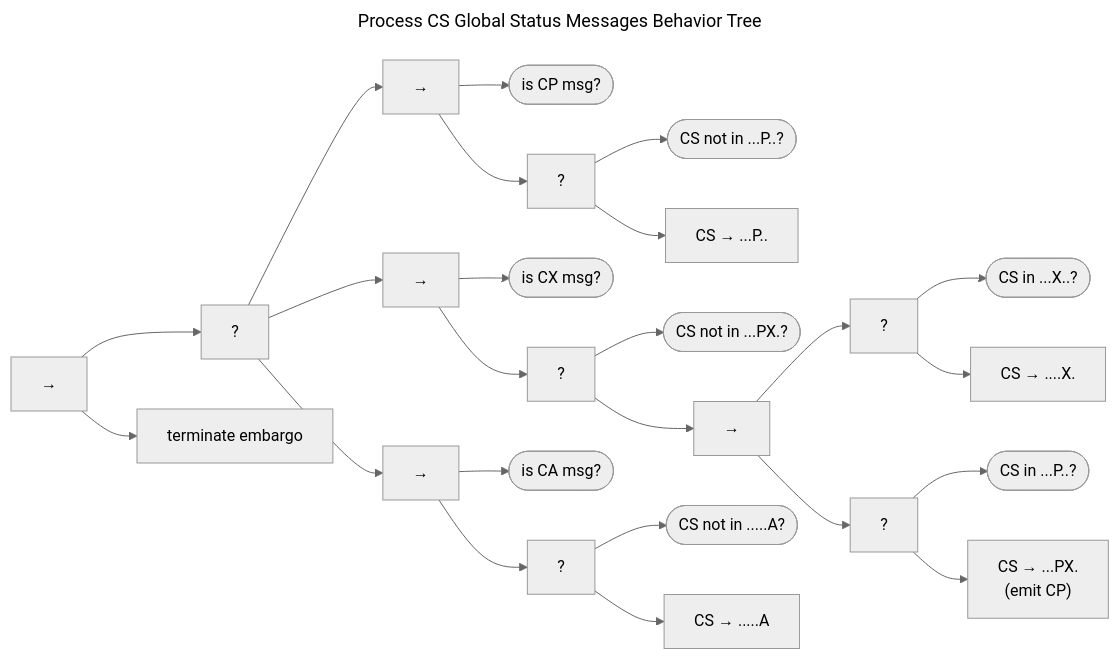
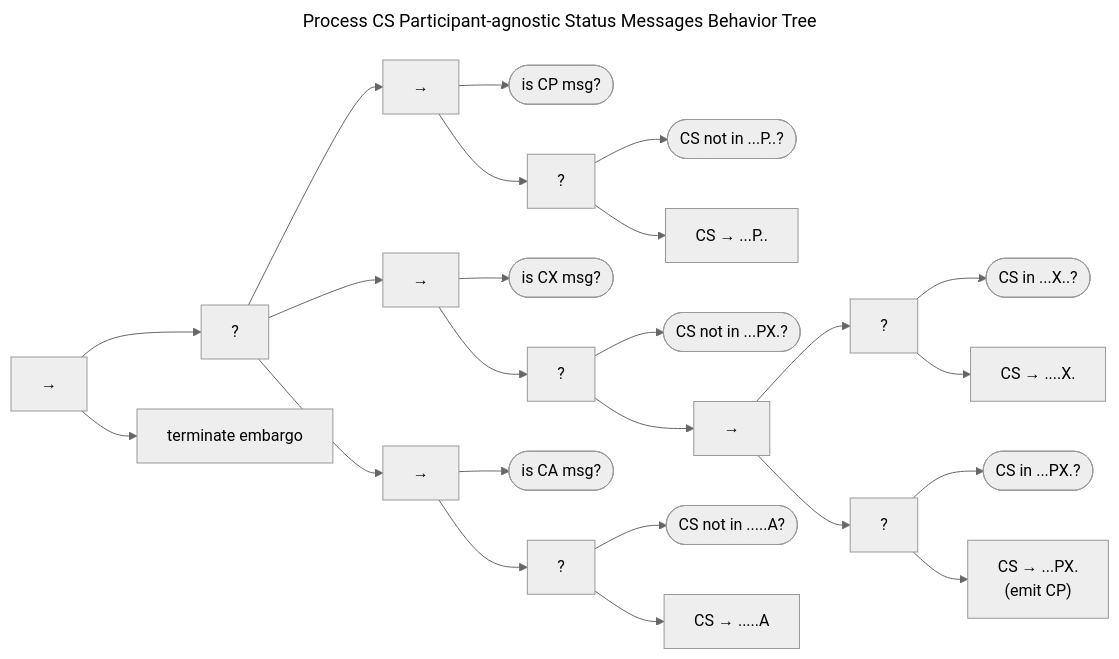
The second of 3 diagrams in docs/topics/behavior_logic/msg_cs_bt.md (CERTCC/Vultron), drawn with Mermaid (neutral theme) before and after one commit. The commit also changed other lines of this file and 1 other file, not shown here.

First line of the commit message:
s/global/participant-agnostic/

````diff
--- a/docs/topics/behavior_logic/msg_cs_bt.md
+++ b/docs/topics/behavior_logic/msg_cs_bt.md
@@ -59,53 +59,53 @@
 ```mermaid
 ---
-title: Process CS Global Status Messages Behavior Tree
+title: Process CS Participant-agnostic Status Messages Behavior Tree
 ---
 flowchart LR
     global_seq["&rarr;"]
     global_fb["?"]
     global_seq --> global_fb
     cp_seq["&rarr;"]
     global_fb --> cp_seq
     is_CP_msg(["is CP msg?"])
     cp_seq --> is_CP_msg
     cp_fb["?"]
     cp_seq --> cp_fb
     cp_cs_not_P(["CS not in ...P..?"])
     cp_fb --> cp_cs_not_P
     cp_cs_to_P["CS &rarr; ...P.."]
     cp_fb --> cp_cs_to_P
     cx_seq["&rarr;"]
     global_fb --> cx_seq
     is_CX_msg(["is CX msg?"])
     cx_seq --> is_CX_msg
     cx_fb["?"]
     cx_seq --> cx_fb
     cx_cs_not_PXA(["CS not in ...PX.?"])
     cx_fb --> cx_cs_not_PXA
     cx_seq2["&rarr;"]
     cx_fb --> cx_seq2
     cx_x_fb["?"]
     cx_seq2 --> cx_x_fb
     cs_in_x(["CS in ...X..?"])
     cx_x_fb --> cs_in_x
     cx_to_x["CS &rarr; ....X."]
     cx_x_fb --> cx_to_x
     cx_p_fb["?"]
     cx_seq2 --> cx_p_fb
-    cs_in_p(["CS in ...P..?"])
+    cs_in_p(["CS in ...PX.?"])
     cx_p_fb --> cs_in_p
     cx_to_p["CS &rarr; ...PX.<br/>(emit CP)"]
     cx_p_fb --> cx_to_p
     ca_seq["&rarr;"]
     global_fb --> ca_seq
     is_CA_msg(["is CA msg?"])
     ca_seq --> is_CA_msg
     ca_fb["?"]
     ca_seq --> ca_fb
     ca_cs_not_a(["CS not in .....A?"])
     ca_fb --> ca_cs_not_a
     ca_cs_to_a["CS &rarr; .....A"]
     ca_fb --> ca_cs_to_a
     terminate["terminate embargo"]
     global_seq --> terminate
 ```
````
